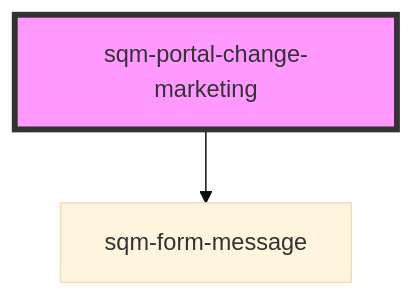
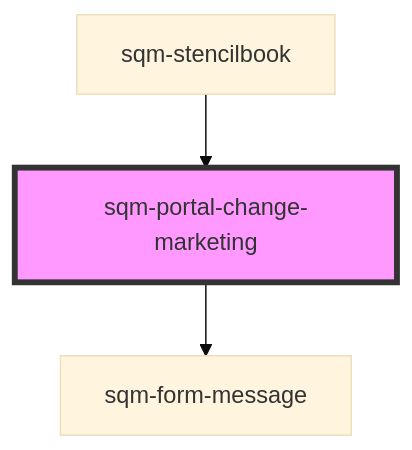
The diagram in packages/mint-components/src/components/sqm-portal-change-marketing/readme.md (saasquatch/program-tools), drawn with Mermaid (base theme) before and after one commit. The commit also changed other lines of this file and 3 other files, not shown here.

````diff
--- a/packages/mint-components/src/components/sqm-portal-change-marketing/readme.md
+++ b/packages/mint-components/src/components/sqm-portal-change-marketing/readme.md
@@ -27,5 +31,6 @@
 ```mermaid
 graph TD;
   sqm-portal-change-marketing --> sqm-form-message
+  sqm-stencilbook --> sqm-portal-change-marketing
   style sqm-portal-change-marketing fill:#f9f,stroke:#333,stroke-width:4px
 ```
````
